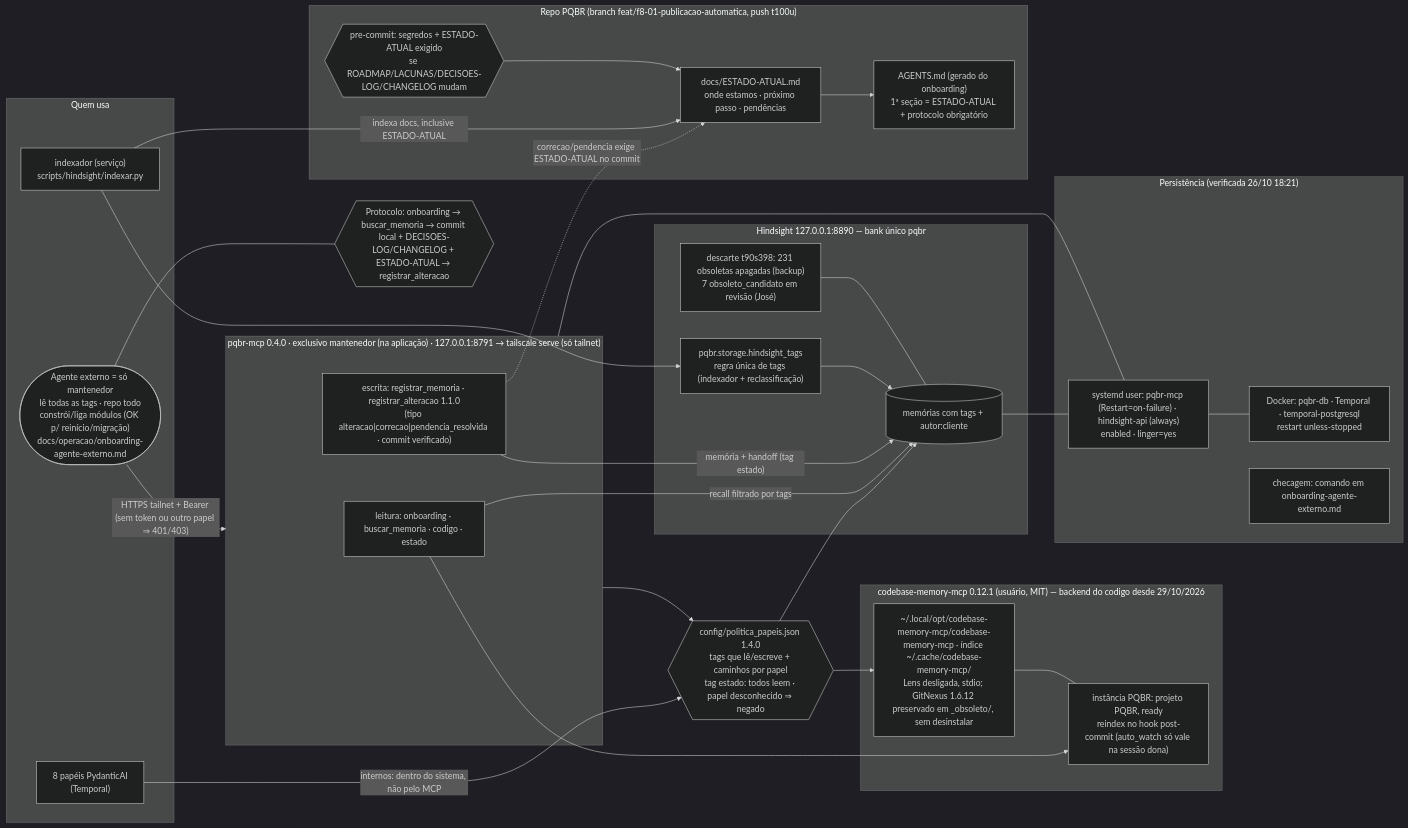
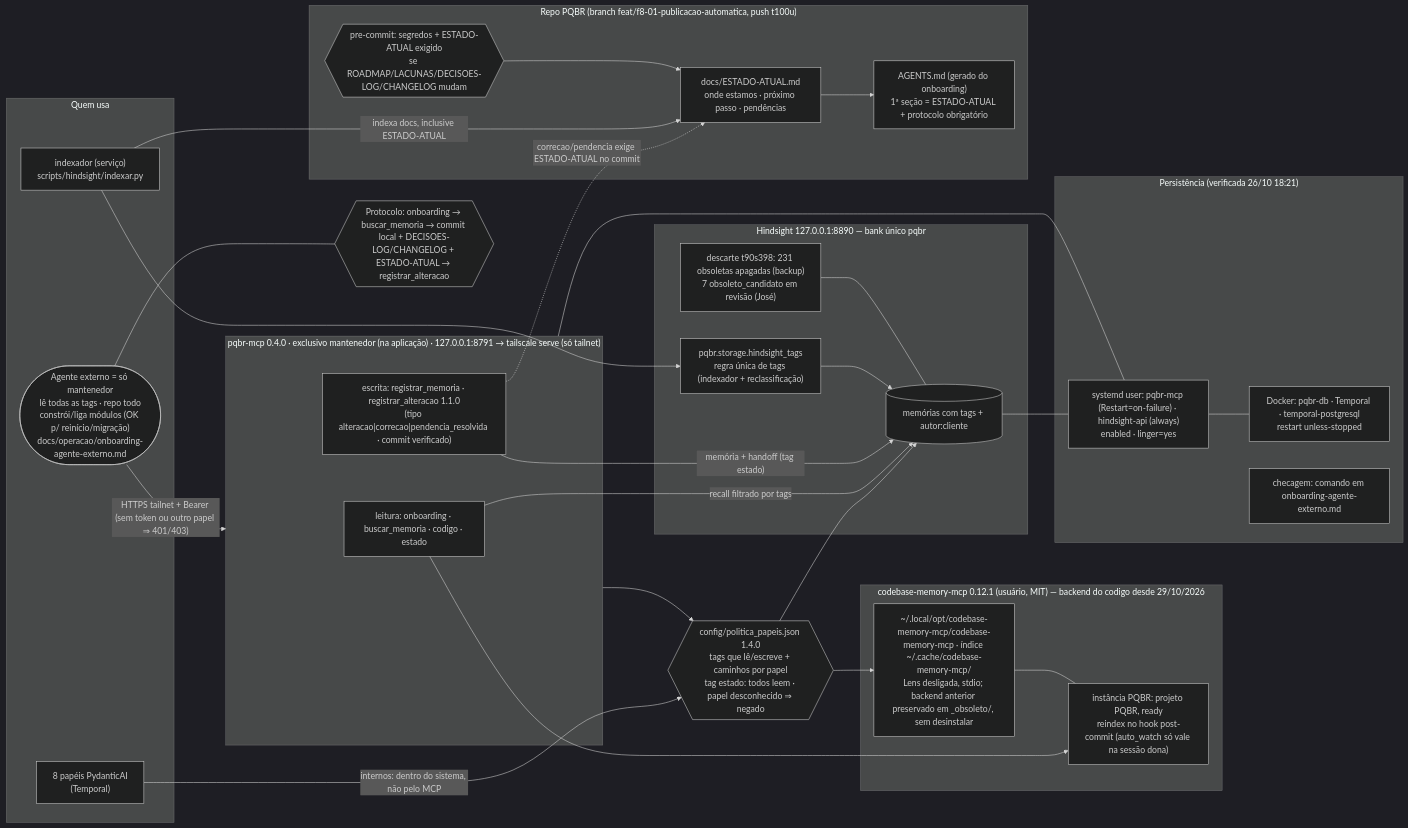
One commit to jvmendesjr/PQBR changed the diagram in docs/mapa/13-memoria-mcp-handoff.mmd. Above: the diagram before and after it, drawn with Mermaid (dark theme). The commit also changed 13 other files, not shown here.

First line of the commit message:
docs(t-cbm): documentos vivos em termos do MCP + ressalva GitNexus=CBM (0.29.6)

```diff
--- a/docs/mapa/13-memoria-mcp-handoff.mmd
+++ b/docs/mapa/13-memoria-mcp-handoff.mmd
@@ -1,50 +1,51 @@
 %% Memória, MCP e handoff (t84u–t116u, 26/10/2026). Decisões em DECISOES-LOG; detalhes em ARQUITETURA §12 e docs/ESTADO-ATUAL.md.
+%% Ressalva (29/10/2026, ordem do José): se GitNexus for chamado acidentalmente, leia-se codebase-memory-mcp (backend atual do codigo).
 flowchart LR
   subgraph AG["Quem usa"]
     PAP["8 papéis PydanticAI<br/>(Temporal)"]
     EXT(["Agente externo = só mantenedor<br/>lê todas as tags · repo todo<br/>constrói/liga módulos (OK p/ reinício/migração)<br/>docs/operacao/onboarding-agente-externo.md"])
     IDX["indexador (serviço)<br/>scripts/hindsight/indexar.py"]
   end
   POL{{"config/politica_papeis.json 1.4.0<br/>tags que lê/escreve + caminhos por papel<br/>tag estado: todos leem · papel desconhecido ⇒ negado"}}
   subgraph MEM["Hindsight 127.0.0.1:8890 — bank único pqbr"]
     TAGS["pqbr.storage.hindsight_tags<br/>regra única de tags (indexador + reclassificação)"]
     HS[("memórias com tags + autor:cliente")]
     OBS["descarte t90s398: 231 obsoletas apagadas (backup)<br/>7 obsoleto_candidato em revisão (José)"]
   end
   subgraph GN["codebase-memory-mcp 0.12.1 (usuário, MIT) — backend do codigo desde 29/10/2026"]
-    GNX["~/.local/opt/codebase-memory-mcp/codebase-memory-mcp · índice ~/.cache/codebase-memory-mcp/<br/>Lens desligada, stdio; GitNexus 1.6.12 preservado em _obsoleto/, sem desinstalar"]
+    GNX["~/.local/opt/codebase-memory-mcp/codebase-memory-mcp · índice ~/.cache/codebase-memory-mcp/<br/>Lens desligada, stdio; backend anterior preservado em _obsoleto/, sem desinstalar"]
     IDXG["instância PQBR: projeto PQBR, ready<br/>reindex no hook post-commit (auto_watch só vale na sessão dona)"]
   end
   subgraph MCPS["pqbr-mcp 0.4.0 · exclusivo mantenedor (na aplicação) · 127.0.0.1:8791 → tailscale serve (só tailnet)"]
     LEI["leitura: onboarding · buscar_memoria · codigo · estado"]
     ESC["escrita: registrar_memoria · registrar_alteracao 1.1.0<br/>(tipo alteracao|correcao|pendencia_resolvida · commit verificado)"]
   end
   subgraph REPO["Repo PQBR (branch feat/f8-01-publicacao-automatica, push t100u)"]
     EST["docs/ESTADO-ATUAL.md<br/>onde estamos · próximo passo · pendências"]
     AGM["AGENTS.md (gerado do onboarding)<br/>1ª seção = ESTADO-ATUAL + protocolo obrigatório"]
     HK{{"pre-commit: segredos + ESTADO-ATUAL exigido<br/>se ROADMAP/LACUNAS/DECISOES-LOG/CHANGELOG mudam"}}
   end
   EXT -->|"HTTPS tailnet + Bearer (sem token ou outro papel ⇒ 401/403)"| MCPS
   MCPS --> POL
   PAP -->|"internos: dentro do sistema, não pelo MCP"| POL
   POL --> HS & GNX
   LEI -->|"recall filtrado por tags"| HS
   LEI --> IDXG
   ESC -->|"memória + handoff (tag estado)"| HS
   ESC -. "correcao/pendencia exige ESTADO-ATUAL no commit" .-> EST
   IDX --> TAGS --> HS
   IDX -->|"indexa docs, inclusive ESTADO-ATUAL"| EST
   EST --> AGM
   HK --> EST
   OBS --- HS
   GNX --- IDXG
   subgraph PERS["Persistência (verificada 26/10 18:21)"]
     UN["systemd user: pqbr-mcp (Restart=on-failure) · hindsight-api (always)<br/>enabled · linger=yes"]
     CT["Docker: pqbr-db · Temporal · temporal-postgresql<br/>restart unless-stopped"]
     CHK["checagem: comando em onboarding-agente-externo.md"]
   end
   MCPS --- UN
   HS --- UN
   UN --- CT
   P{{"Protocolo: onboarding → buscar_memoria → commit local + DECISOES-LOG/CHANGELOG + ESTADO-ATUAL → registrar_alteracao"}}
   EXT --- P
```
